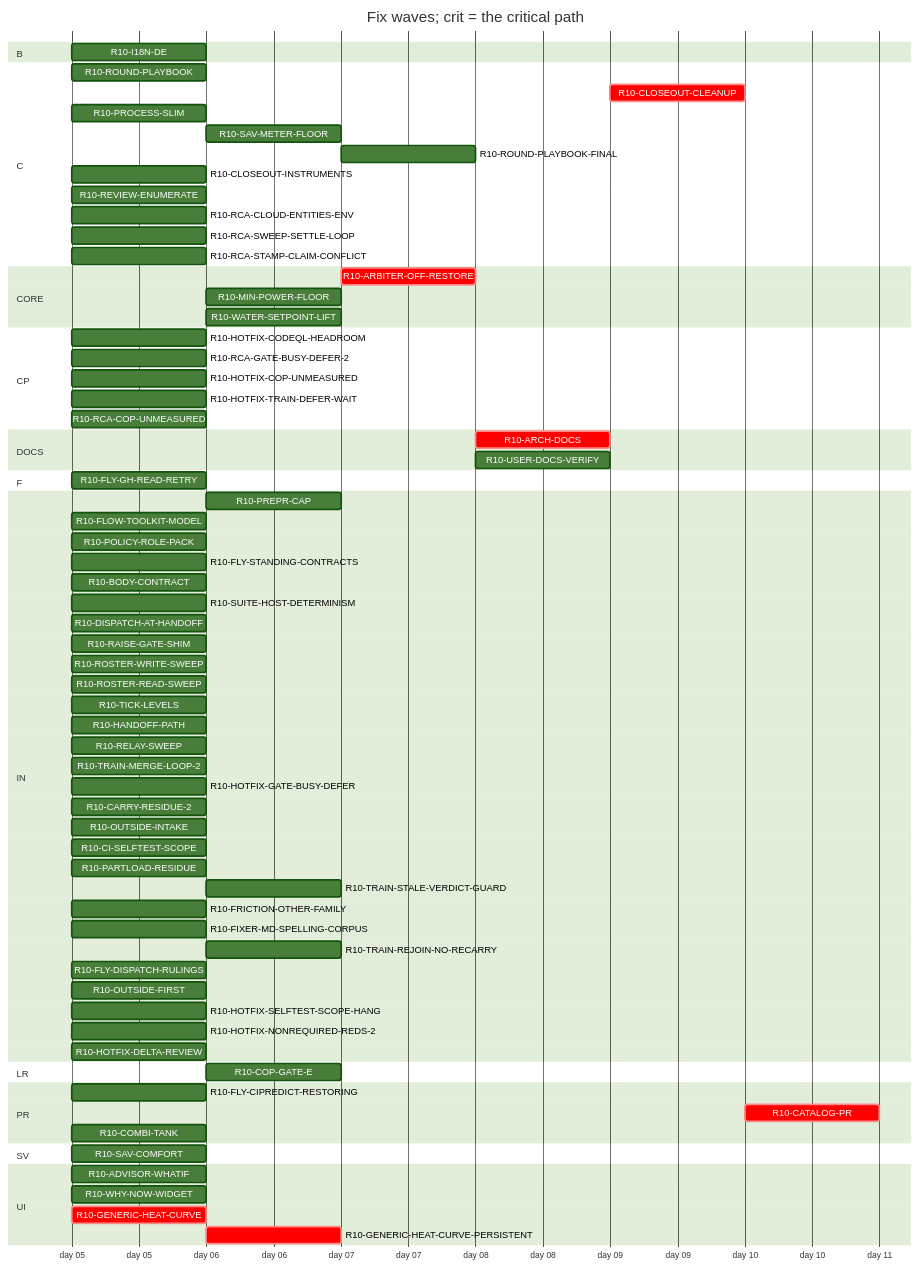
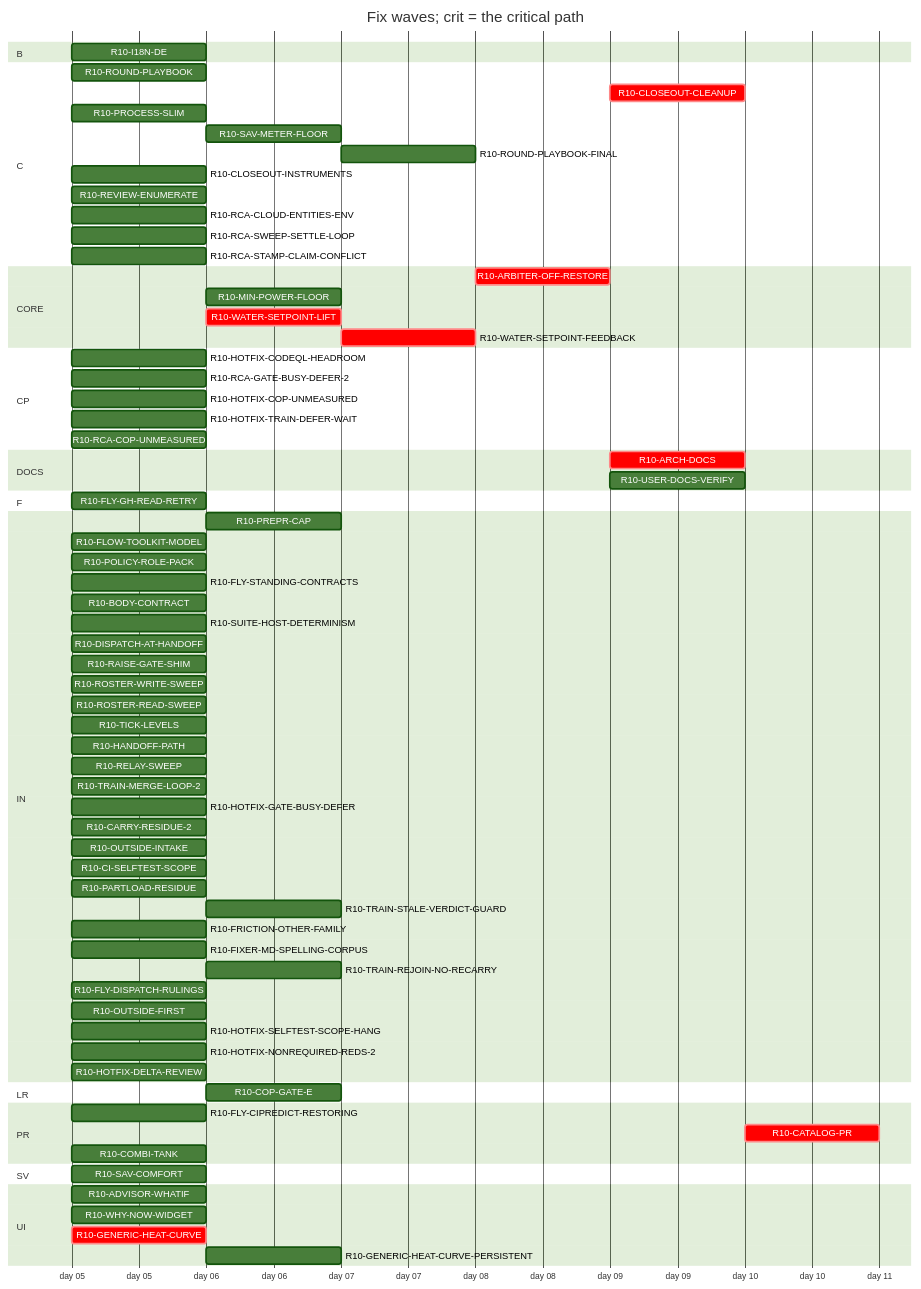
One commit to tvofi/heatpump_optimizer changed the diagram in handoff/round10/state/PLAN-TABLE.md. Above: the diagram before and after it, drawn with Mermaid (forest theme). The commit also changed other lines of this file and 3 other files, not shown here.

Commit message:
state: FLOW-BOARD.md, NEXT-SESSION-PROMPT.md, PLAN-TABLE.md, PLAN.html, RESUME-CURRENT.md regenerated (state_docs.py)

````diff
--- a/handoff/round10/state/PLAN-TABLE.md
+++ b/handoff/round10/state/PLAN-TABLE.md
@@ -24,76 +24,77 @@
 ```mermaid
 gantt
   title Fix waves; crit = the critical path
   dateFormat YYYY-MM-DD
   axisFormat day %d
   section B
     R10-I18N-DE :r10I18NDE, 2026-01-05, 1d
   section C
     R10-ROUND-PLAYBOOK :r10ROUNDPLAYBOOK, 2026-01-05, 1d
     R10-CLOSEOUT-CLEANUP :crit, r10CLOSEOUTCLEANUP, after r10ARCHDOCS r10USERDOCSVERIFY r10ROUNDPLAYBOOKFINAL r10CLOSEOUTINSTRUMENTS r10RCAGATEBUSYDEFER2 r10RCACOPUNMEASURED r10FRICTIONOTHERFAMILY, 1d
     R10-PROCESS-SLIM :r10PROCESSSLIM, 2026-01-05, 1d
     R10-SAV-METER-FLOOR :r10SAVMETERFLOOR, after r10SAVCOMFORT, 1d
     R10-ROUND-PLAYBOOK-FINAL :r10ROUNDPLAYBOOKFINAL, after r10PREPRCAP r10HANDOFFPATH r10RELAYSWEEP r10DISPATCHATHANDOFF r10BODYCONTRACT r10TICKLEVELS r10ROSTERWRITESWEEP r10ROSTERREADSWEEP r10FLYSTANDINGCONTRACTS r10POLICYROLEPACK r10FLOWTOOLKITMODEL r10FLYCIPREDICTRESTORING r10RAISEGATESHIM r10FLYGHREADRETRY r10SUITEHOSTDETERMINISM r10ROUNDPLAYBOOK r10PROCESSSLIM r10TRAINMERGELOOP2 r10CARRYRESIDUE2 r10HOTFIXCODEQLHEADROOM r10OUTSIDEINTAKE r10HOTFIXTRAINDEFERWAIT r10CISELFTESTSCOPE r10TRAINSTALEVERDICTGUARD r10CLOSEOUTINSTRUMENTS r10FRICTIONOTHERFAMILY r10FIXERMDSPELLINGCORPUS, 1d
     R10-CLOSEOUT-INSTRUMENTS :r10CLOSEOUTINSTRUMENTS, 2026-01-05, 1d
     R10-REVIEW-ENUMERATE :r10REVIEWENUMERATE, 2026-01-05, 1d
     R10-RCA-CLOUD-ENTITIES-ENV :r10RCACLOUDENTITIESENV, 2026-01-05, 1d
     R10-RCA-SWEEP-SETTLE-LOOP :r10RCASWEEPSETTLELOOP, 2026-01-05, 1d
     R10-RCA-STAMP-CLAIM-CONFLICT :r10RCASTAMPCLAIMCONFLICT, 2026-01-05, 1d
   section CORE
-    R10-ARBITER-OFF-RESTORE :crit, r10ARBITEROFFRESTORE, after r10GENERICHEATCURVE r10GENERICHEATCURVEPERSISTENT r10WATERSETPOINTLIFT, 1d
+    R10-ARBITER-OFF-RESTORE :crit, r10ARBITEROFFRESTORE, after r10GENERICHEATCURVE r10GENERICHEATCURVEPERSISTENT r10WATERSETPOINTLIFT r10WATERSETPOINTFEEDBACK, 1d
     R10-MIN-POWER-FLOOR :r10MINPOWERFLOOR, after r10HOTFIXCOPUNMEASURED r10GENERICHEATCURVE, 1d
-    R10-WATER-SETPOINT-LIFT :r10WATERSETPOINTLIFT, after r10GENERICHEATCURVE, 1d
+    R10-WATER-SETPOINT-LIFT :crit, r10WATERSETPOINTLIFT, after r10GENERICHEATCURVE, 1d
+    R10-WATER-SETPOINT-FEEDBACK :crit, r10WATERSETPOINTFEEDBACK, after r10WATERSETPOINTLIFT, 1d
   section CP
     R10-HOTFIX-CODEQL-HEADROOM :r10HOTFIXCODEQLHEADROOM, 2026-01-05, 1d
     R10-RCA-GATE-BUSY-DEFER-2 :r10RCAGATEBUSYDEFER2, 2026-01-05, 1d
     R10-HOTFIX-COP-UNMEASURED :r10HOTFIXCOPUNMEASURED, 2026-01-05, 1d
     R10-HOTFIX-TRAIN-DEFER-WAIT :r10HOTFIXTRAINDEFERWAIT, 2026-01-05, 1d
     R10-RCA-COP-UNMEASURED :r10RCACOPUNMEASURED, 2026-01-05, 1d
   section DOCS
     R10-ARCH-DOCS :crit, r10ARCHDOCS, after r10SAVCOMFORT r10WHYNOWWIDGET r10ADVISORWHATIF r10PREPRCAP r10HANDOFFPATH r10RELAYSWEEP r10DISPATCHATHANDOFF r10BODYCONTRACT r10TICKLEVELS r10ROSTERWRITESWEEP r10ROSTERREADSWEEP r10FLYSTANDINGCONTRACTS r10POLICYROLEPACK r10FLOWTOOLKITMODEL r10FLYCIPREDICTRESTORING r10RAISEGATESHIM r10FLYGHREADRETRY r10SUITEHOSTDETERMINISM r10PROCESSSLIM r10SAVMETERFLOOR r10HOTFIXCOPUNMEASURED r10COPGATEE r10PARTLOADRESIDUE r10I18NDE r10GENERICHEATCURVE r10GENERICHEATCURVEPERSISTENT r10ARBITEROFFRESTORE r10TRAINMERGELOOP2 r10CARRYRESIDUE2 r10HOTFIXCODEQLHEADROOM r10OUTSIDEINTAKE r10HOTFIXTRAINDEFERWAIT r10CISELFTESTSCOPE r10TRAINSTALEVERDICTGUARD r10COMBITANK r10CLOSEOUTINSTRUMENTS r10MINPOWERFLOOR r10ROUNDPLAYBOOK r10RCAGATEBUSYDEFER2 r10FRICTIONOTHERFAMILY r10RCACOPUNMEASURED, 1d
     R10-USER-DOCS-VERIFY :r10USERDOCSVERIFY, after r10SAVCOMFORT r10WHYNOWWIDGET r10ADVISORWHATIF r10SAVMETERFLOOR r10HOTFIXCOPUNMEASURED r10COPGATEE r10PARTLOADRESIDUE r10I18NDE r10GENERICHEATCURVE r10GENERICHEATCURVEPERSISTENT r10ARBITEROFFRESTORE r10COMBITANK r10MINPOWERFLOOR, 1d
   section F
     R10-FLY-GH-READ-RETRY :r10FLYGHREADRETRY, 2026-01-05, 1d
   section IN
     R10-PREPR-CAP :r10PREPRCAP, after r10PROCESSSLIM, 1d
     R10-FLOW-TOOLKIT-MODEL :r10FLOWTOOLKITMODEL, 2026-01-05, 1d
     R10-POLICY-ROLE-PACK :r10POLICYROLEPACK, 2026-01-05, 1d
     R10-FLY-STANDING-CONTRACTS :r10FLYSTANDINGCONTRACTS, 2026-01-05, 1d
     R10-BODY-CONTRACT :r10BODYCONTRACT, 2026-01-05, 1d
     R10-SUITE-HOST-DETERMINISM :r10SUITEHOSTDETERMINISM, 2026-01-05, 1d
     R10-DISPATCH-AT-HANDOFF :r10DISPATCHATHANDOFF, 2026-01-05, 1d
     R10-RAISE-GATE-SHIM :r10RAISEGATESHIM, 2026-01-05, 1d
     R10-ROSTER-WRITE-SWEEP :r10ROSTERWRITESWEEP, 2026-01-05, 1d
     R10-ROSTER-READ-SWEEP :r10ROSTERREADSWEEP, 2026-01-05, 1d
     R10-TICK-LEVELS :r10TICKLEVELS, 2026-01-05, 1d
     R10-HANDOFF-PATH :r10HANDOFFPATH, 2026-01-05, 1d
     R10-RELAY-SWEEP :r10RELAYSWEEP, 2026-01-05, 1d
     R10-TRAIN-MERGE-LOOP-2 :r10TRAINMERGELOOP2, 2026-01-05, 1d
     R10-HOTFIX-GATE-BUSY-DEFER :r10HOTFIXGATEBUSYDEFER, 2026-01-05, 1d
     R10-CARRY-RESIDUE-2 :r10CARRYRESIDUE2, 2026-01-05, 1d
     R10-OUTSIDE-INTAKE :r10OUTSIDEINTAKE, 2026-01-05, 1d
     R10-CI-SELFTEST-SCOPE :r10CISELFTESTSCOPE, 2026-01-05, 1d
     R10-PARTLOAD-RESIDUE :r10PARTLOADRESIDUE, 2026-01-05, 1d
     R10-TRAIN-STALE-VERDICT-GUARD :r10TRAINSTALEVERDICTGUARD, after r10TRAINMERGELOOP2, 1d
     R10-FRICTION-OTHER-FAMILY :r10FRICTIONOTHERFAMILY, 2026-01-05, 1d
     R10-FIXER-MD-SPELLING-CORPUS :r10FIXERMDSPELLINGCORPUS, 2026-01-05, 1d
     R10-TRAIN-REJOIN-NO-RECARRY :r10TRAINREJOINNORECARRY, after r10HOTFIXTRAINDEFERWAIT r10TRAINMERGELOOP2, 1d
     R10-FLY-DISPATCH-RULINGS :r10FLYDISPATCHRULINGS, 2026-01-05, 1d
     R10-OUTSIDE-FIRST :r10OUTSIDEFIRST, 2026-01-05, 1d
     R10-HOTFIX-SELFTEST-SCOPE-HANG :r10HOTFIXSELFTESTSCOPEHANG, 2026-01-05, 1d
     R10-HOTFIX-NONREQUIRED-REDS-2 :r10HOTFIXNONREQUIREDREDS2, 2026-01-05, 1d
     R10-HOTFIX-DELTA-REVIEW :r10HOTFIXDELTAREVIEW, 2026-01-05, 1d
   section LR
     R10-COP-GATE-E :r10COPGATEE, after r10HOTFIXCOPUNMEASURED, 1d
   section PR
     R10-FLY-CIPREDICT-RESTORING :r10FLYCIPREDICTRESTORING, 2026-01-05, 1d
     R10-CATALOG-PR :crit, r10CATALOGPR, after r10USERDOCSVERIFY r10ARCHDOCS r10ROUNDPLAYBOOKFINAL r10CLOSEOUTCLEANUP, 1d
     R10-COMBI-TANK :r10COMBITANK, 2026-01-05, 1d
   section SV
     R10-SAV-COMFORT :r10SAVCOMFORT, 2026-01-05, 1d
   section UI
     R10-ADVISOR-WHATIF :r10ADVISORWHATIF, 2026-01-05, 1d
     R10-WHY-NOW-WIDGET :r10WHYNOWWIDGET, 2026-01-05, 1d
     R10-GENERIC-HEAT-CURVE :crit, r10GENERICHEATCURVE, 2026-01-05, 1d
-    R10-GENERIC-HEAT-CURVE-PERSISTENT :crit, r10GENERICHEATCURVEPERSISTENT, after r10GENERICHEATCURVE, 1d
+    R10-GENERIC-HEAT-CURVE-PERSISTENT :r10GENERICHEATCURVEPERSISTENT, after r10GENERICHEATCURVE, 1d
 ```
````
